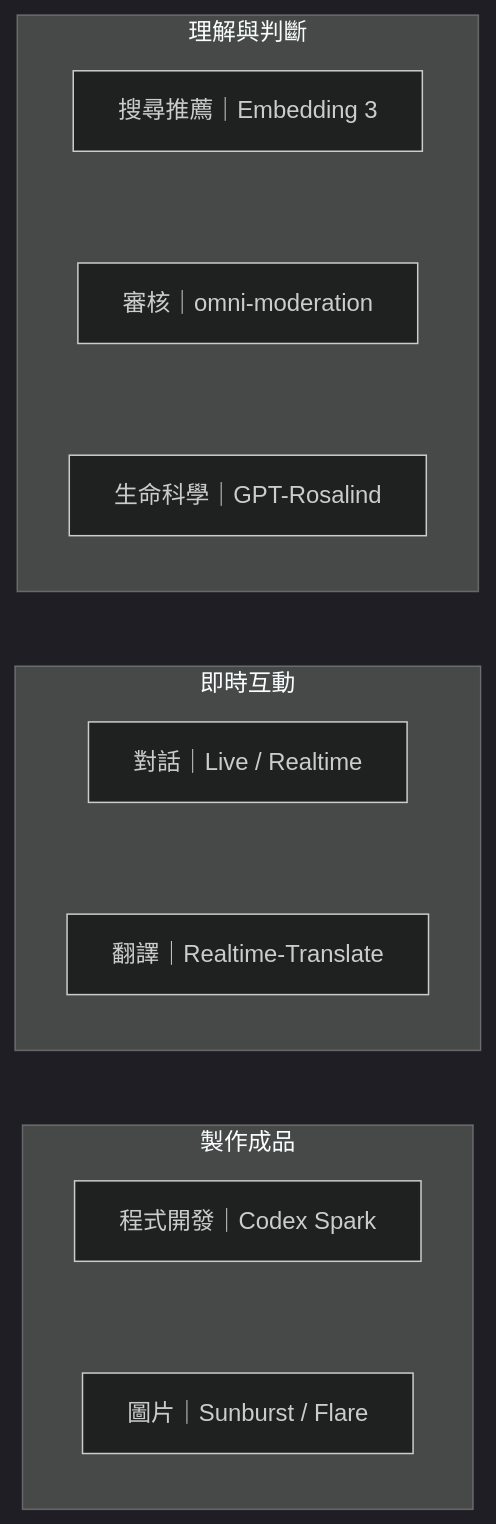
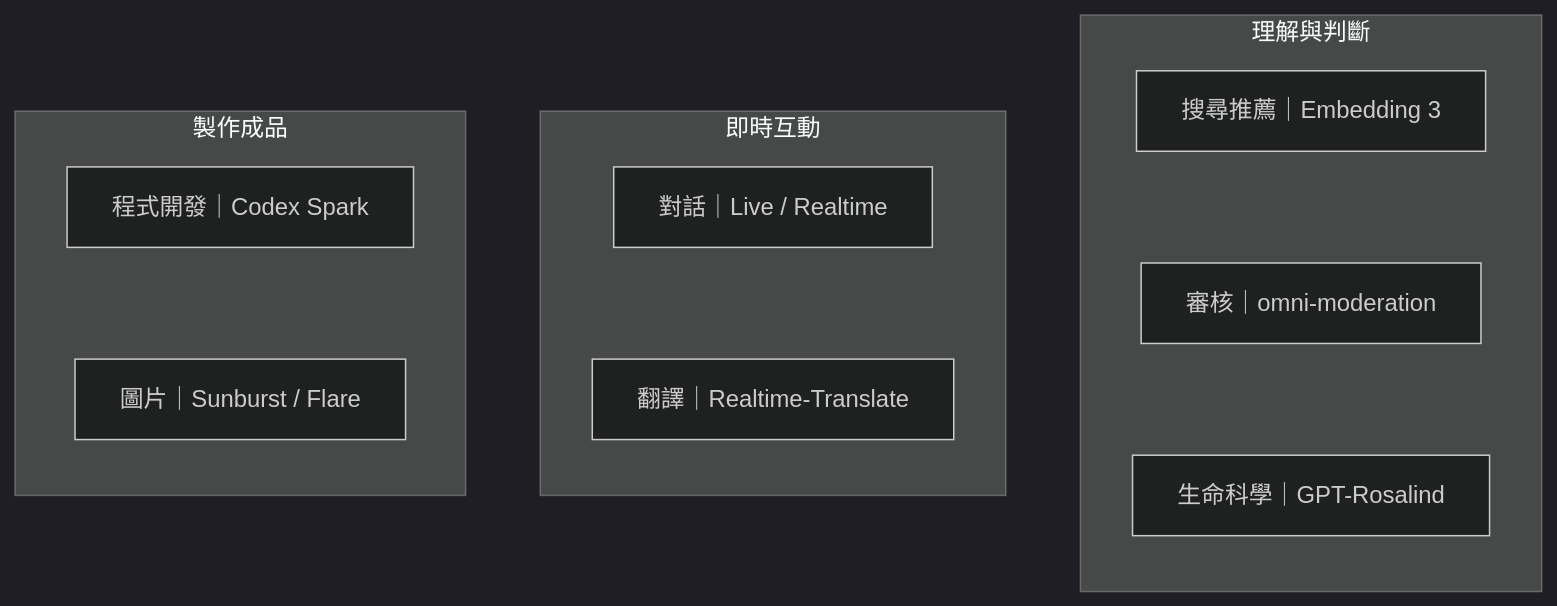
The first of 2 diagrams in README.md (WilliamCHIU-ETH/Codex-name), drawn with Mermaid (dark theme) before and after one commit.

Commit message:
docs: align mental map groups horizontally

````diff
--- a/README.md
+++ b/README.md
@@ -13,22 +13,23 @@
 ```mermaid
 flowchart LR
     subgraph MAKE["製作成品"]
         direction TB
         CODE["程式開發｜Codex Spark"]
         IMAGE["圖片｜Sunburst / Flare"]
         CODE ~~~ IMAGE
     end
     subgraph TALK["即時互動"]
         direction TB
         VOICE["對話｜Live / Realtime"]
         TRANSLATE["翻譯｜Realtime-Translate"]
         VOICE ~~~ TRANSLATE
     end
     subgraph UNDERSTAND["理解與判斷"]
         direction TB
         SEARCH["搜尋推薦｜Embedding 3"]
         MODERATION["審核｜omni-moderation"]
         SCIENCE["生命科學｜GPT-Rosalind"]
         SEARCH ~~~ MODERATION ~~~ SCIENCE
     end
+    MAKE ~~~ TALK ~~~ UNDERSTAND
 ```
````
